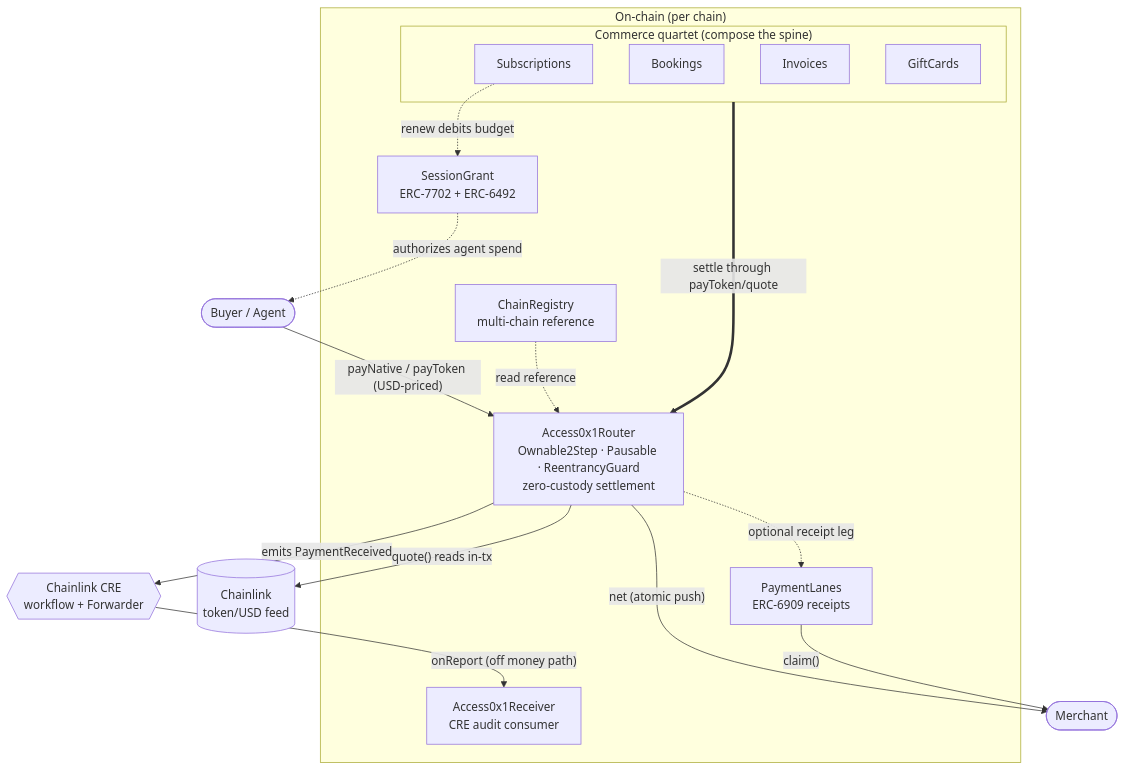
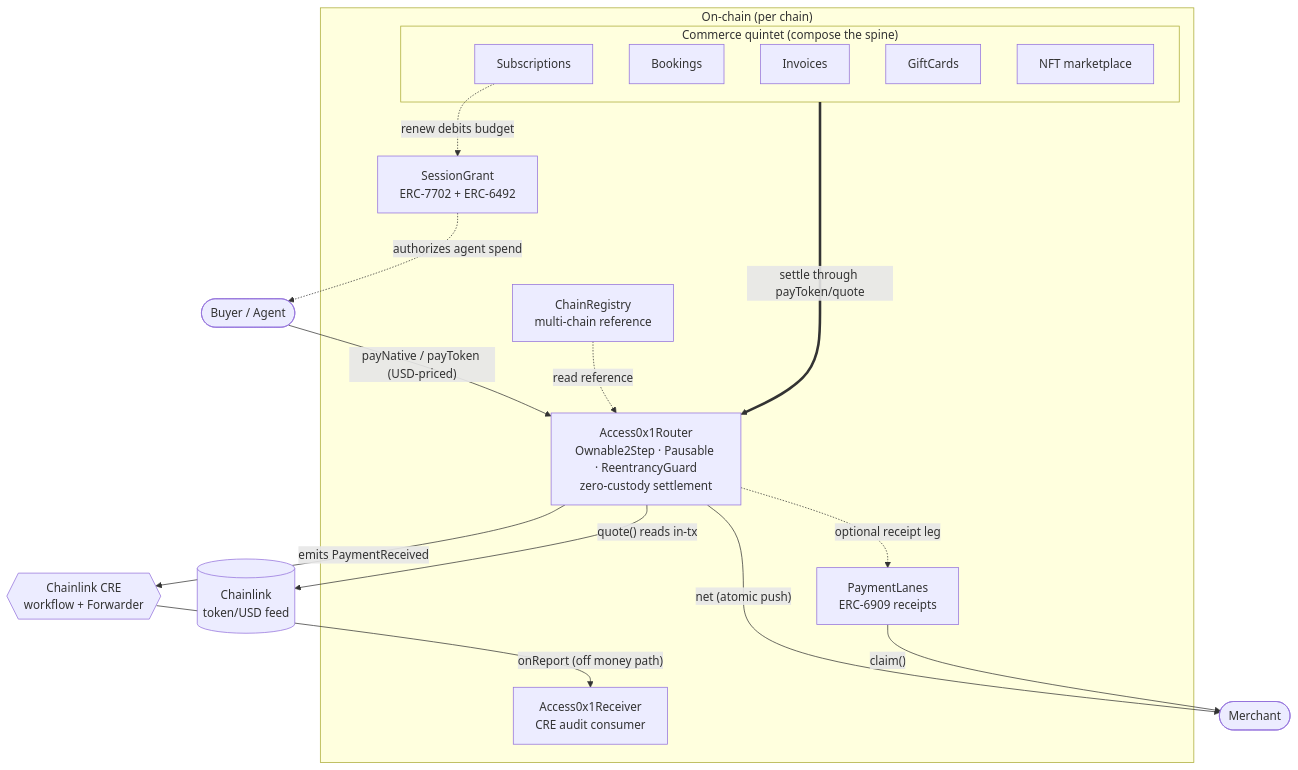
One commit to Access0x1/Access0x1 changed the diagram in README.md. Above: the diagram before and after it, drawn with Mermaid. The commit also changed other lines of this file and 4 other files, not shown here.

````diff
--- a/README.md
+++ b/README.md
@@ -85,34 +85,35 @@
 ```mermaid
 flowchart TB
     Buyer([Buyer / Agent])
     Merchant([Merchant])
 
     subgraph onchain["On-chain (per chain)"]
         Router["Access0x1Router<br/>Ownable2Step · Pausable · ReentrancyGuard<br/>zero-custody settlement"]
         Lanes["PaymentLanes<br/>ERC-6909 receipts"]
         Session["SessionGrant<br/>ERC-7702 + ERC-6492"]
         Registry["ChainRegistry<br/>multi-chain reference"]
         Receiver["Access0x1Receiver<br/>CRE audit consumer"]
-        subgraph commerce["Commerce quartet (compose the spine)"]
+        subgraph commerce["Commerce quintet (compose the spine)"]
             Subs["Subscriptions"]
             Book["Bookings"]
             Inv["Invoices"]
             Gift["GiftCards"]
+            Nft["NFT marketplace"]
         end
     end
 
     Feed[("Chainlink<br/>token/USD feed")]
     CRE{{"Chainlink CRE<br/>workflow + Forwarder"}}
 
     Buyer -->|"payNative / payToken (USD-priced)"| Router
     Router -->|"quote() reads in-tx"| Feed
     Router -->|"net (atomic push)"| Merchant
     Router -. "optional receipt leg" .-> Lanes
     Lanes -->|"claim()"| Merchant
     Router -->|"emits PaymentReceived"| CRE
     CRE -->|"onReport (off money path)"| Receiver
     Session -.->|"authorizes agent spend"| Buyer
     Registry -.->|"read reference"| Router
     commerce ==>|"settle through payToken/quote"| Router
     Subs -.->|"renew debits budget"| Session
 ```
````
